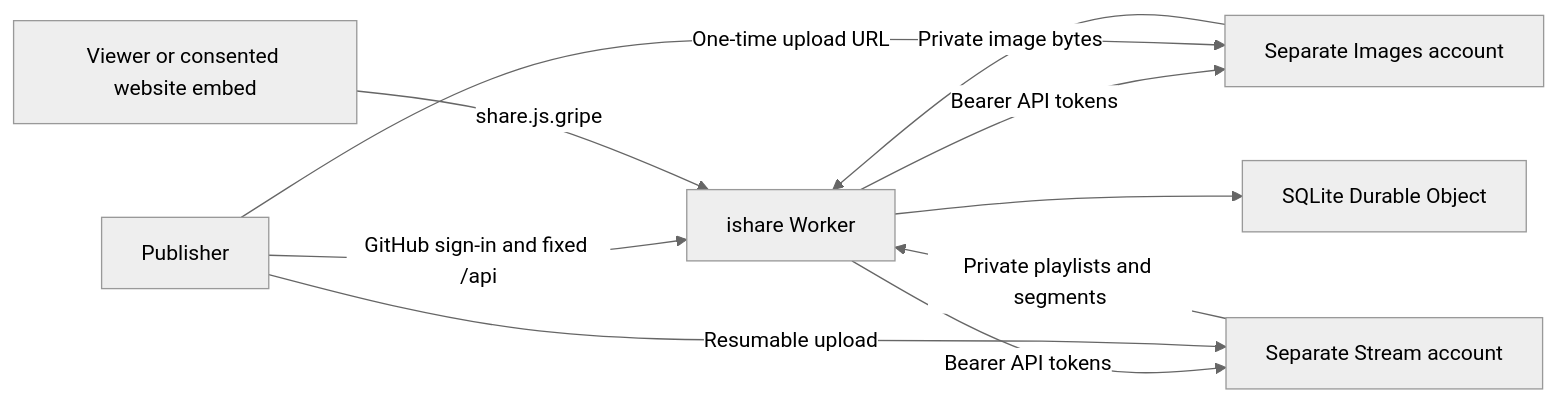
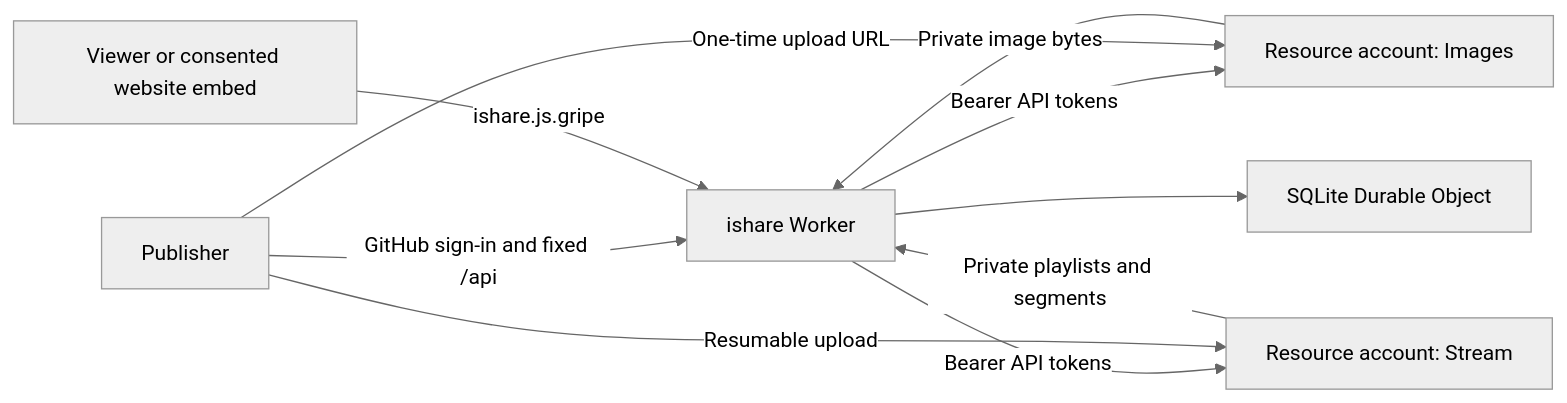
The diagram in README.md (jsw-teams/ishare), drawn with Mermaid (neutral theme) before and after one commit. The commit also changed other lines of this file and 51 other files, not shown here.

````diff
--- a/README.md
+++ b/README.md
@@ -13,12 +15,12 @@
 ```mermaid
 flowchart LR
   A[Publisher] -->|GitHub sign-in and fixed /api| W[ishare Worker]
-  W -->|Bearer API tokens| I[Separate Images account]
-  W -->|Bearer API tokens| S[Separate Stream account]
+  W -->|Bearer API tokens| I[Resource account: Images]
+  W -->|Bearer API tokens| S[Resource account: Stream]
   A -->|One-time upload URL| I
   A -->|Resumable upload| S
-  V[Viewer or consented website embed] -->|share.js.gripe| W
+  V[Viewer or consented website embed] -->|ishare.js.gripe| W
   I -->|Private image bytes| W
   S -->|Private playlists and segments| W
   W --> D[SQLite Durable Object]
 ```
````
